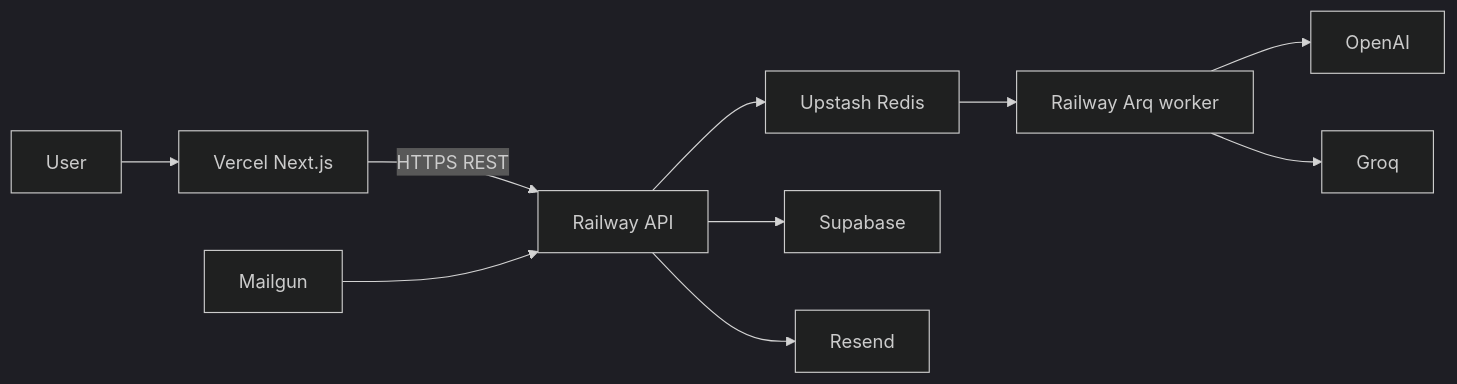
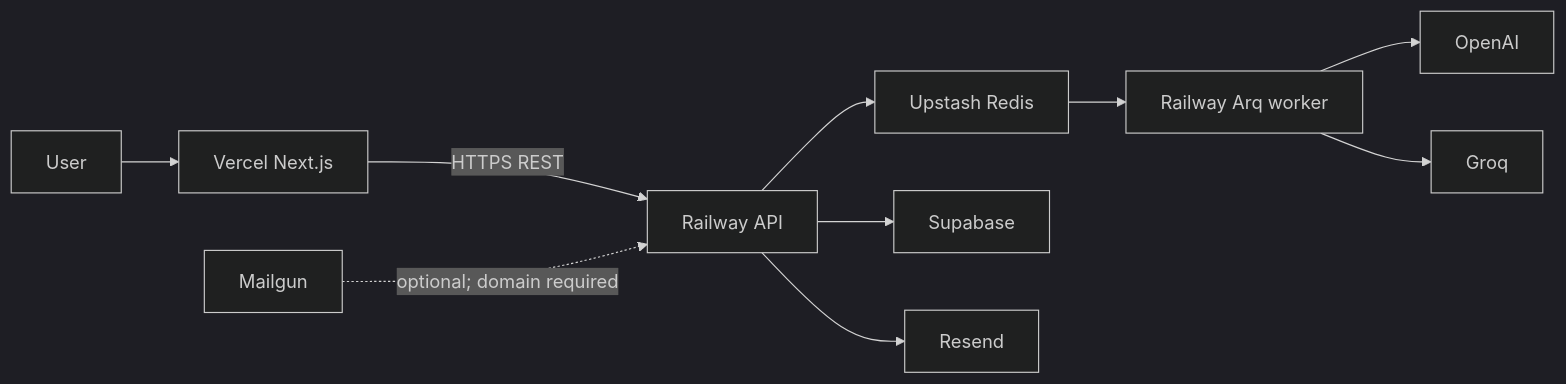
The seventh of 7 diagrams in docs/ARCHITECTURE.md (DeadPixel27/nexora), drawn with Mermaid (dark theme) before and after one commit. The commit also changed other lines of this file and 9 other files, not shown here.

First line of the commit message:
Document live Railway/Vercel deploy and defer Mailgun until we own a domain.

````diff
--- a/docs/ARCHITECTURE.md
+++ b/docs/ARCHITECTURE.md
@@ -930,12 +931,12 @@
 ```mermaid
 flowchart LR
   User --> Vercel["Vercel Next.js"]
   Vercel -->|"HTTPS REST"| Railway["Railway API"]
   Railway --> Redis["Upstash Redis"]
   Redis --> Worker["Railway Arq worker"]
   Railway --> Supabase
   Worker --> OpenAI
   Worker --> Groq
   Railway --> Resend
-  Mailgun --> Railway
+  Mailgun -.->|"optional; domain required"| Railway
 ```
````
